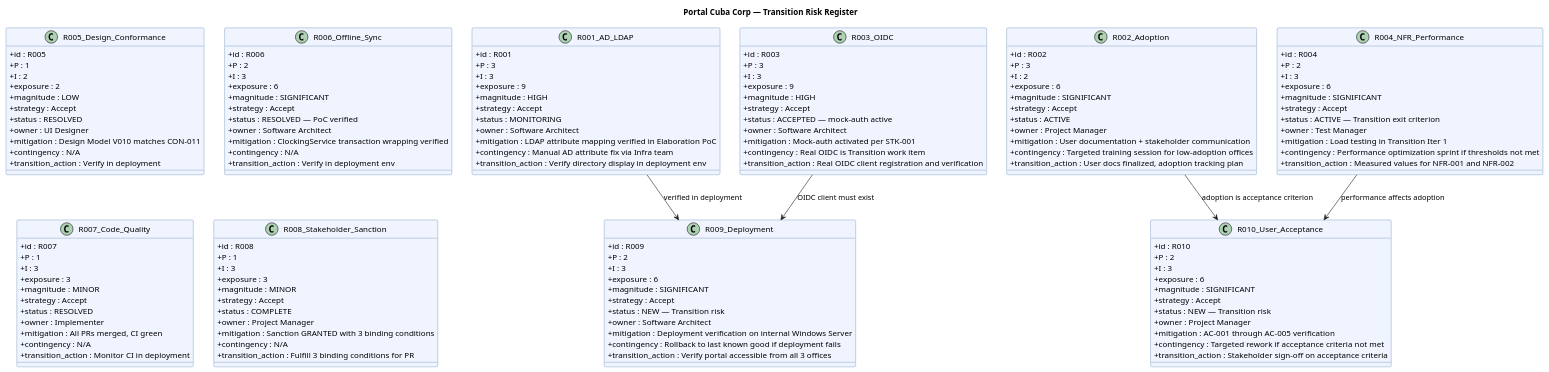
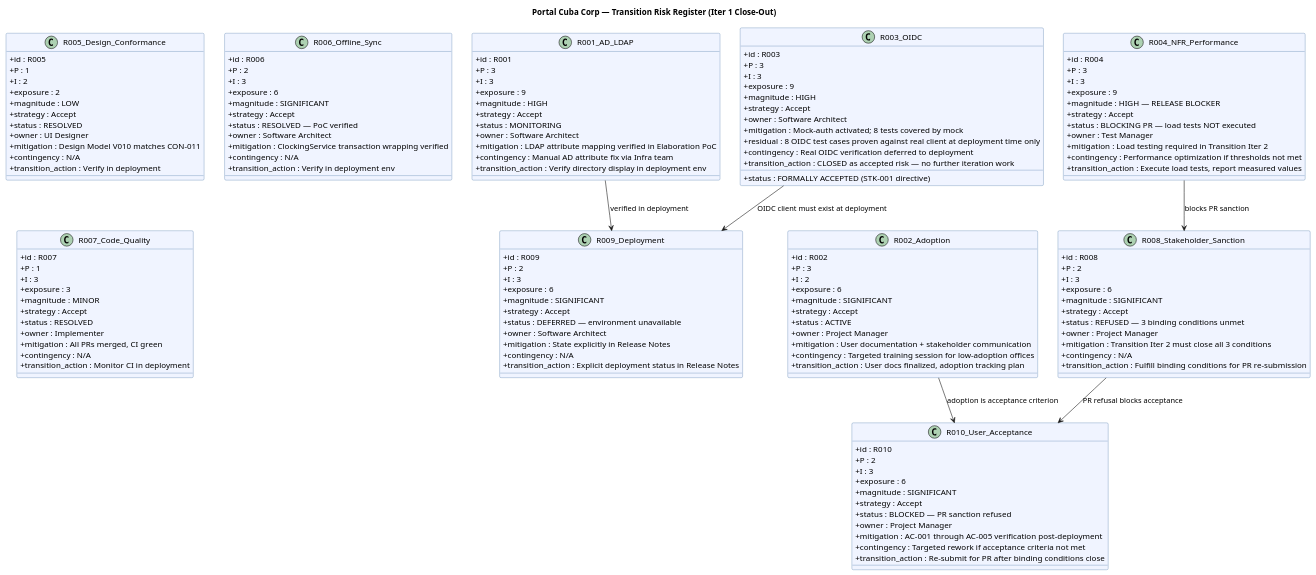
One commit to banense-test/portal-cuba-corp changed the diagram in docs/artifacts/project-management/risk-list.md. Above: the diagram before and after it, drawn with PlantUML. The commit also changed other lines of this file, not shown here.

First line of the commit message:
Project Manager [T1]: upsert Risk List

````diff
--- a/docs/artifacts/project-management/risk-list.md
+++ b/docs/artifacts/project-management/risk-list.md
@@ -29,6 +31,6 @@
 ```plantuml
 @startuml
-title Portal Cuba Corp — Transition Risk Register
+title Portal Cuba Corp — Transition Risk Register (Iter 1 Close-Out)
 
 skinparam classAttributeIconSize 0
 skinparam classBackgroundColor #F0F4FF
@@ -69,25 +71,26 @@
   + exposure : 9
   + magnitude : HIGH
   + strategy : Accept
-  + status : ACCEPTED — mock-auth active
+  + status : FORMALLY ACCEPTED (STK-001 directive)
   + owner : Software Architect
-  + mitigation : Mock-auth activated per STK-001
-  + contingency : Real OIDC is Transition work item
-  + transition_action : Real OIDC client registration and verification
+  + mitigation : Mock-auth activated; 8 tests covered by mock
+  + residual : 8 OIDC test cases proven against real client at deployment time only
+  + contingency : Real OIDC verification deferred to deployment
+  + transition_action : CLOSED as accepted risk — no further iteration work
 }
 
 class R004_NFR_Performance {
   + id : R004
-  + P : 2
+  + P : 3
   + I : 3
-  + exposure : 6
-  + magnitude : SIGNIFICANT
+  + exposure : 9
+  + magnitude : HIGH — RELEASE BLOCKER
   + strategy : Accept
-  + status : ACTIVE — Transition exit criterion
+  + status : BLOCKING PR — load tests NOT executed
   + owner : Test Manager
-  + mitigation : Load testing in Transition Iter 1
-  + contingency : Performance optimization sprint if thresholds not met
-  + transition_action : Measured values for NFR-001 and NFR-002
+  + mitigation : Load testing required in Transition Iter 2
+  + contingency : Performance optimization if thresholds not met
+  + transition_action : Execute load tests, report measured values
 }
 
 class R005_Design_Conformance {
@@ -134,16 +137,16 @@
 
 class R008_Stakeholder_Sanction {
   + id : R008
-  + P : 1
+  + P : 2
   + I : 3
-  + exposure : 3
-  + magnitude : MINOR
+  + exposure : 6
+  + magnitude : SIGNIFICANT
   + strategy : Accept
-  + status : COMPLETE
+  + status : REFUSED — 3 binding conditions unmet
   + owner : Project Manager
-  + mitigation : Sanction GRANTED with 3 binding conditions
+  + mitigation : Transition Iter 2 must close all 3 conditions
   + contingency : N/A
-  + transition_action : Fulfill 3 binding conditions for PR
+  + transition_action : Fulfill binding conditions for PR re-submission
 }
 
 class R009_Deployment {
@@ -153,11 +156,11 @@
   + exposure : 6
   + magnitude : SIGNIFICANT
   + strategy : Accept
-  + status : NEW — Transition risk
+  + status : DEFERRED — environment unavailable
   + owner : Software Architect
-  + mitigation : Deployment verification on internal Windows Server
-  + contingency : Rollback to last known good if deployment fails
-  + transition_action : Verify portal accessible from all 3 offices
+  + mitigation : State explicitly in Release Notes
+  + contingency : N/A
+  + transition_action : Explicit deployment status in Release Notes
 }
 
 class R010_User_Acceptance {
@@ -167,17 +170,18 @@
   + exposure : 6
   + magnitude : SIGNIFICANT
   + strategy : Accept
-  + status : NEW — Transition risk
+  + status : BLOCKED — PR sanction refused
   + owner : Project Manager
-  + mitigation : AC-001 through AC-005 verification
+  + mitigation : AC-001 through AC-005 verification post-deployment
   + contingency : Targeted rework if acceptance criteria not met
-  + transition_action : Stakeholder sign-off on acceptance criteria
+  + transition_action : Re-submit for PR after binding conditions close
 }
 
 R001_AD_LDAP --> R009_Deployment : "verified in deployment"
-R003_OIDC --> R009_Deployment : "OIDC client must exist"
-R004_NFR_Performance --> R010_User_Acceptance : "performance affects adoption"
+R003_OIDC --> R009_Deployment : "OIDC client must exist at deployment"
+R004_NFR_Performance --> R008_Stakeholder_Sanction : "blocks PR sanction"
 R002_Adoption --> R010_User_Acceptance : "adoption is acceptance criterion"
+R008_Stakeholder_Sanction --> R010_User_Acceptance : "PR refusal blocks acceptance"
 
 @enduml
 ```
````
